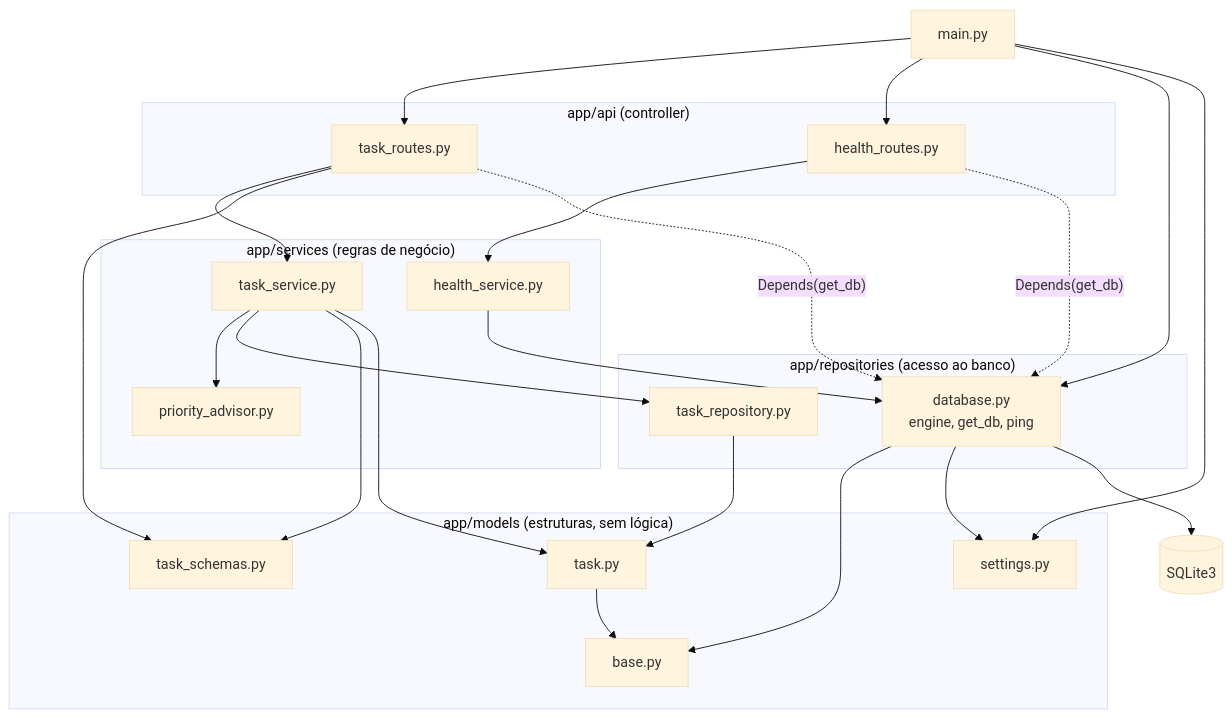
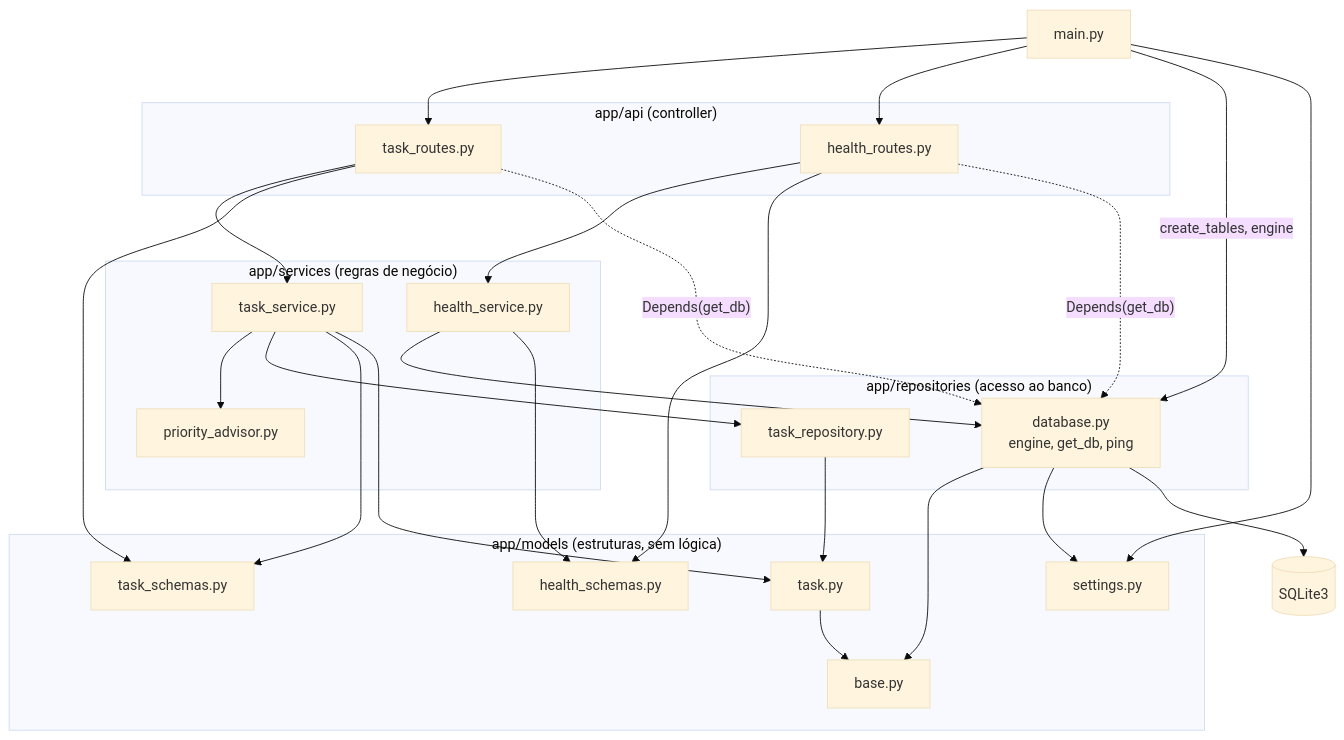
The first of 6 diagrams in docs/arquitetura.md (luisZsiqueira/laboratorio-projeto), drawn with Mermaid (base theme) before and after one commit. The commit also changed other lines of this file and 8 other files, not shown here.

````diff
--- a/docs/arquitetura.md
+++ b/docs/arquitetura.md
@@ -23,53 +23,56 @@
 ```mermaid
 flowchart TD
     main["main.py"]
 
     subgraph api["app/api (controller)"]
         task_routes["task_routes.py"]
         health_routes["health_routes.py"]
     end
 
     subgraph services["app/services (regras de negócio)"]
         task_service["task_service.py"]
         priority_advisor["priority_advisor.py"]
         health_service["health_service.py"]
     end
 
     subgraph repositories["app/repositories (acesso ao banco)"]
         task_repository["task_repository.py"]
         database["database.py<br/>engine, get_db, ping"]
     end
 
     subgraph models["app/models (estruturas, sem lógica)"]
         task_schemas["task_schemas.py"]
+        health_schemas["health_schemas.py"]
         task["task.py"]
         base["base.py"]
         settings["settings.py"]
     end
 
     db[("SQLite3")]
 
     main --> task_routes
     main --> health_routes
-    main --> database
+    main -->|"create_tables, engine"| database
     main --> settings
 
     task_routes --> task_service
     task_routes --> task_schemas
     health_routes --> health_service
+    health_routes --> health_schemas
     task_routes -.->|"Depends(get_db)"| database
     health_routes -.->|"Depends(get_db)"| database
 
     task_service --> priority_advisor
     task_service --> task_repository
     task_service --> task_schemas
     task_service --> task
     health_service --> database
+    health_service --> health_schemas
 
     task_repository --> task
     database --> base
     database --> settings
     task --> base
 
     database --> db
 ```
````
